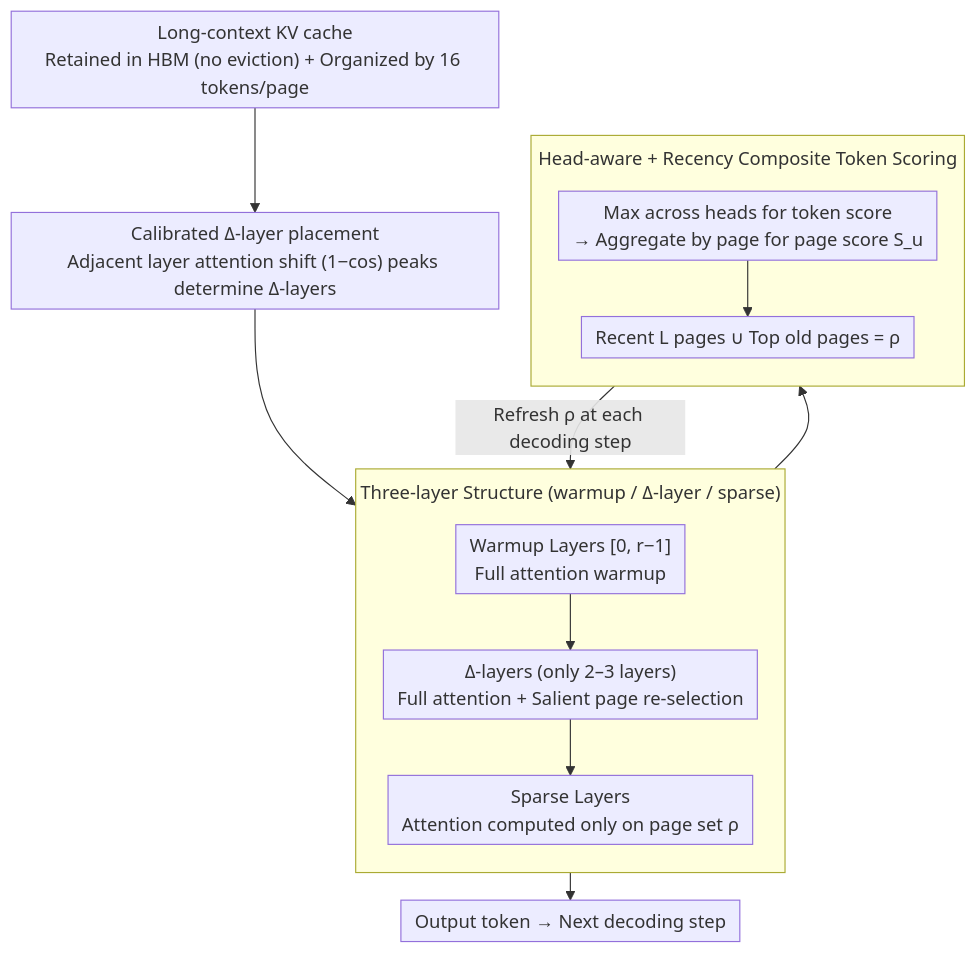
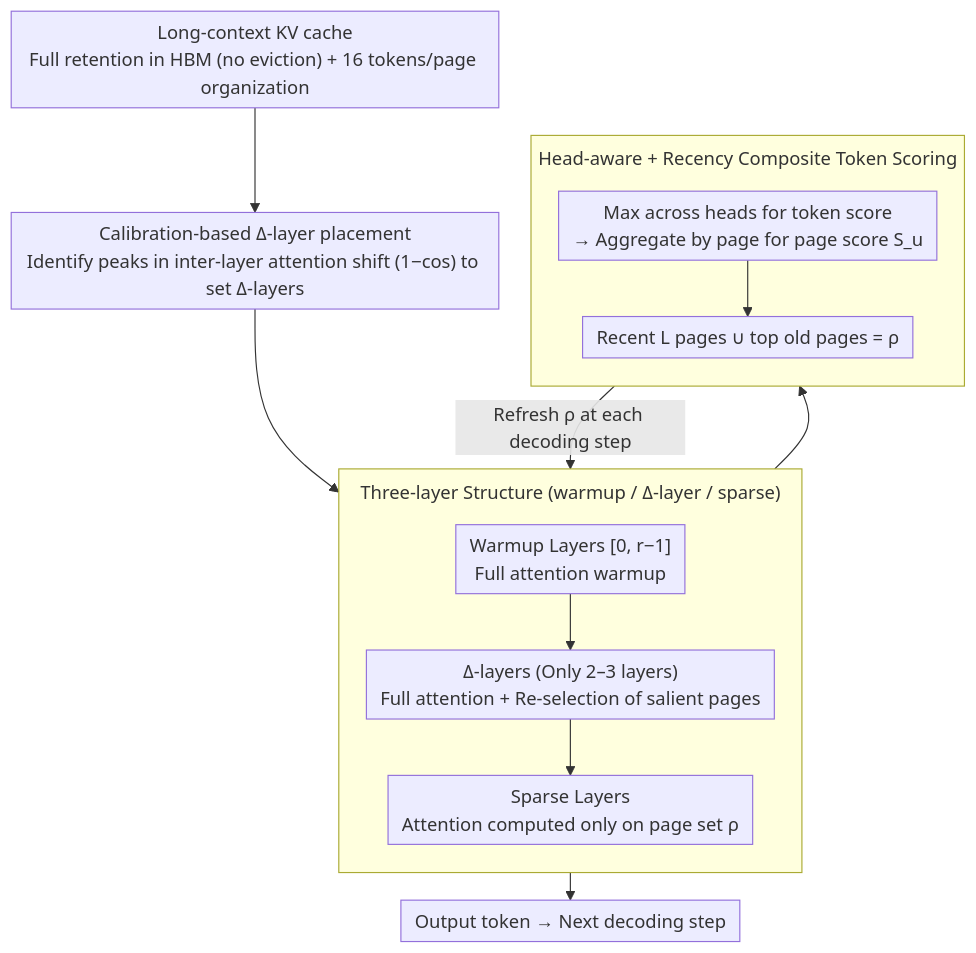
Before and after one commit to zhaoyang97/Paper-Notes-en: the diagram in docs/ACL2026/llm_reasoning/delta_dynamic_layer-aware_token_attention_for_efficient_long-context_reasoning.md, drawn with Mermaid. The commit also changed other lines of this file and 5084 other files, not shown here.

````diff
--- a/docs/ACL2026/llm_reasoning/delta_dynamic_layer-aware_token_attention_for_efficient_long-context_reasoning.md
+++ b/docs/ACL2026/llm_reasoning/delta_dynamic_layer-aware_token_attention_for_efficient_long-context_reasoning.md
@@ -45,18 +45,18 @@
 ```mermaid
 %%{init: {'flowchart': {'rankSpacing': 24, 'nodeSpacing': 28, 'padding': 6, 'wrappingWidth': 400, 'subGraphTitleMargin': {'top': 8, 'bottom': 16}}}}%%
 flowchart TD
-    A["Long-context KV cache<br/>Retained in HBM (no eviction) + Organized by 16 tokens/page"] --> CAL
-    CAL["Calibrated Δ-layer placement<br/>Adjacent layer attention shift (1−cos) peaks determine Δ-layers"] --> W
+    A["Long-context KV cache<br/>Full retention in HBM (no eviction) + 16 tokens/page organization"] --> CAL
+    CAL["Calibration-based Δ-layer placement<br/>Identify peaks in inter-layer attention shift (1−cos) to set Δ-layers"] --> W
     subgraph TLS["Three-layer Structure (warmup / Δ-layer / sparse)"]
         direction TB
-        W["Warmup Layers [0, r−1]<br/>Full attention warmup"] --> D["Δ-layers (only 2–3 layers)<br/>Full attention + Salient page re-selection"]
+        W["Warmup Layers [0, r−1]<br/>Full attention warmup"] --> D["Δ-layers (Only 2–3 layers)<br/>Full attention + Re-selection of salient pages"]
         D --> S["Sparse Layers<br/>Attention computed only on page set ρ"]
     end
     D --> SCORE
     subgraph SCORE["Head-aware + Recency Composite Token Scoring"]
         direction TB
-        E1["Max across heads for token score<br/>→ Aggregate by page for page score S_u"] --> E2["Recent L pages ∪ Top old pages = ρ"]
+        E1["Max across heads for token score<br/>→ Aggregate by page for page score S_u"] --> E2["Recent L pages ∪ top old pages = ρ"]
     end
     SCORE -->|Refresh ρ at each decoding step| D
     S --> O["Output token → Next decoding step"]
 ```
````
